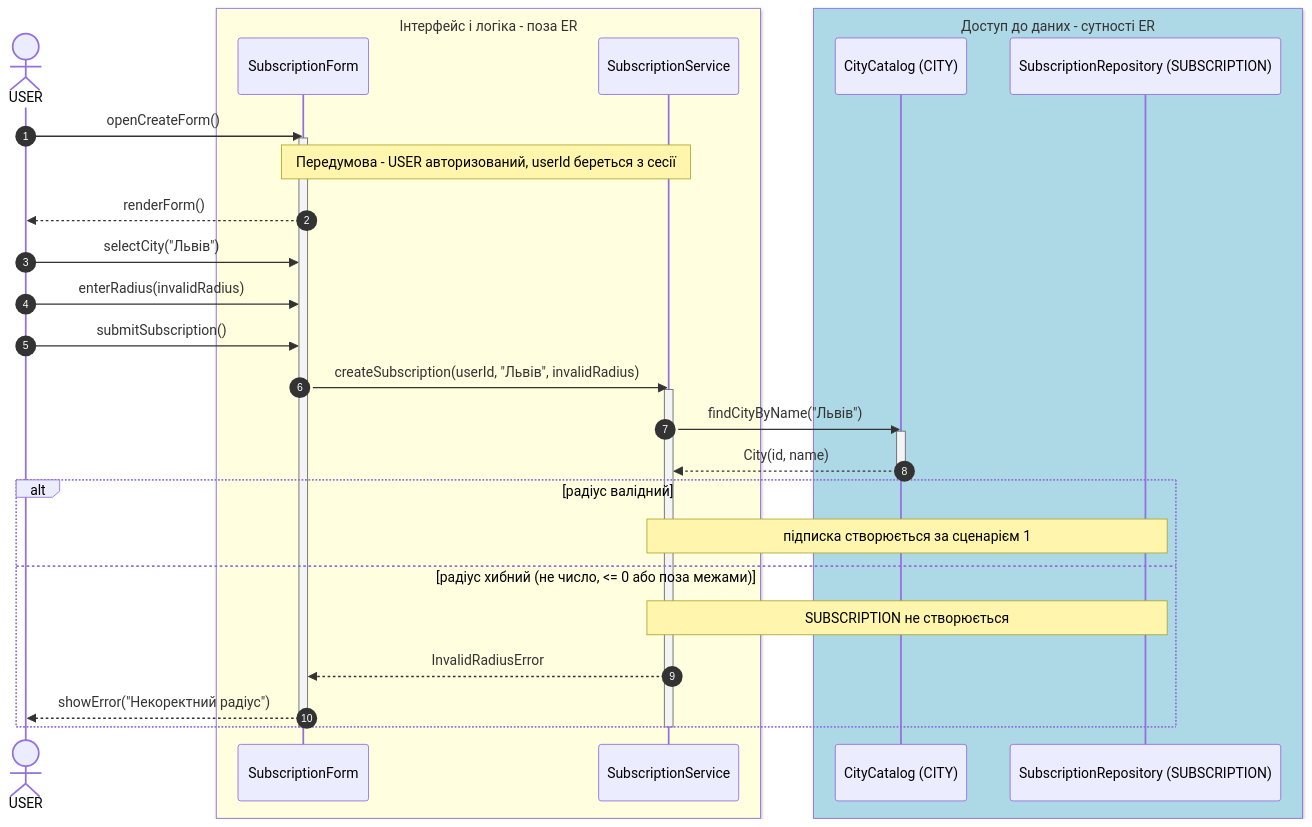
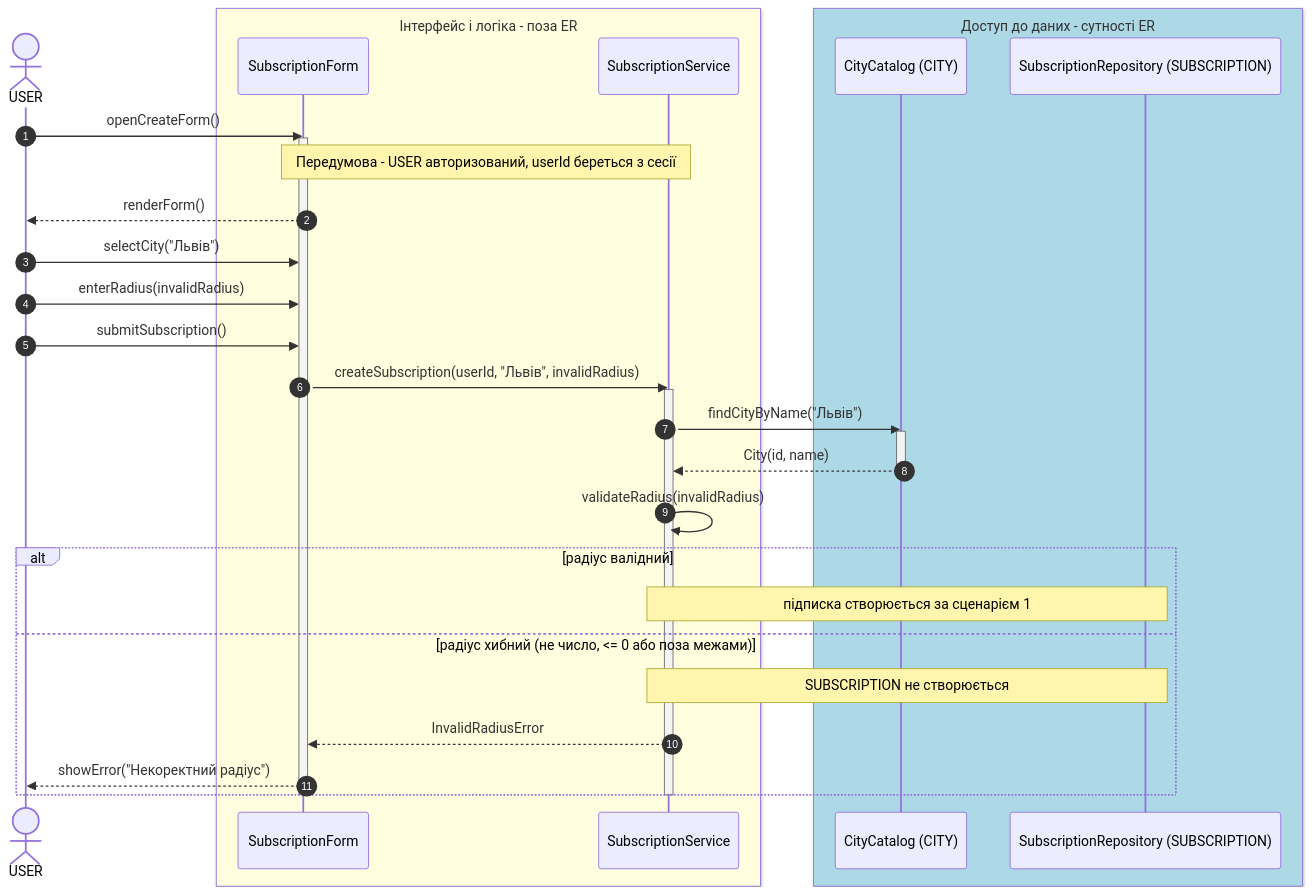
Before and after one commit to acabzonbi/aerial-target-track1: the diagram in lab3/scenario2.mmd, drawn with Mermaid. The commit also changed 2 other files, not shown here.

```diff
--- a/lab3/scenario2.mmd
+++ b/lab3/scenario2.mmd
@@ -1,36 +1,37 @@
 sequenceDiagram
     autonumber
     actor U as USER
     box LightYellow Інтерфейс і логіка - поза ER
         participant F as SubscriptionForm
         participant S as SubscriptionService
     end
     box LightBlue Доступ до даних - сутності ER
         participant C as CityCatalog (CITY)
         participant R as SubscriptionRepository (SUBSCRIPTION)
     end
 
     U->>F: openCreateForm()
     activate F
     Note over F,S: Передумова - USER авторизований, userId береться з сесії
     F-->>U: renderForm()
     U->>F: selectCity("Львів")
     U->>F: enterRadius(invalidRadius)
     U->>F: submitSubscription()
     F->>S: createSubscription(userId, "Львів", invalidRadius)
     activate S
     S->>C: findCityByName("Львів")
     activate C
     C-->>S: City(id, name)
     deactivate C
+    S->>S: validateRadius(invalidRadius)
 
     alt радіус валідний
         Note over S,R: підписка створюється за сценарієм 1
     else радіус хибний (не число, <= 0 або поза межами)
         Note over S,R: SUBSCRIPTION не створюється
         S-->>F: InvalidRadiusError
         F-->>U: showError("Некоректний радіус")
     end
 
     deactivate S
     deactivate F
```
